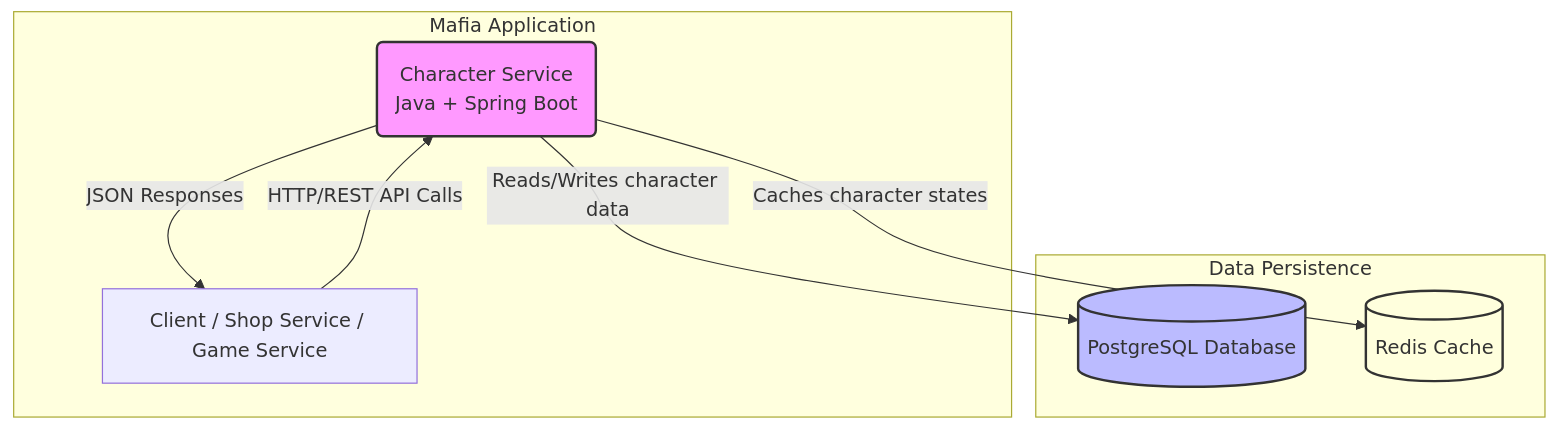
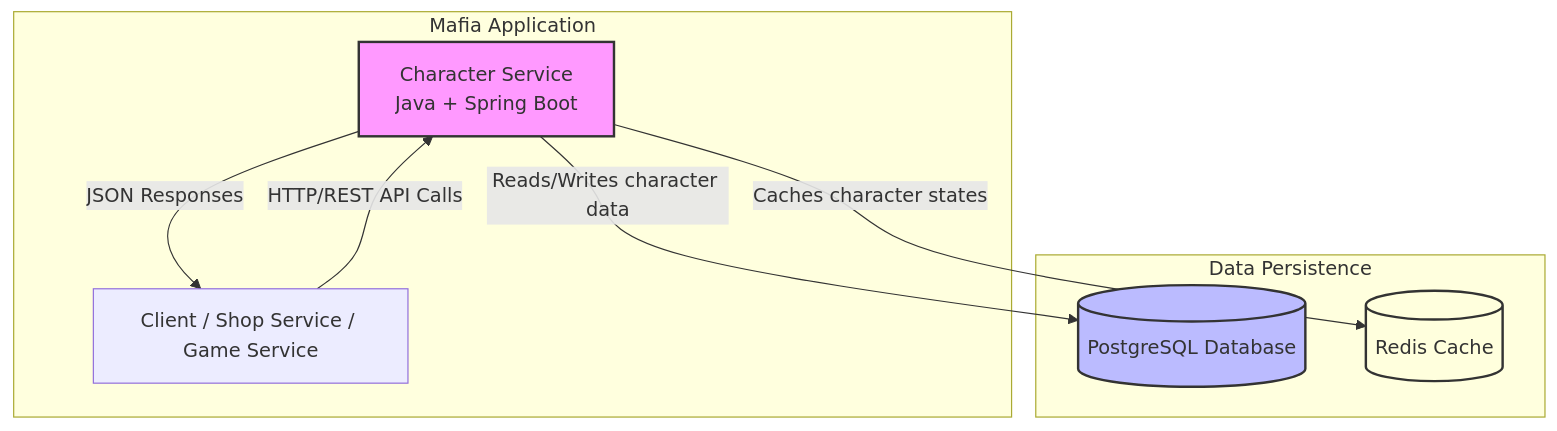
Before and after one commit to Flexksx/distributed_mafia_platform: the third of 3 diagrams in README.md, drawn with Mermaid. The commit also changed other lines of this file, not shown here.

Commit message:
Update tech stack to Java + Spring Boot

````diff
--- a/README.md
+++ b/README.md
@@ -184,22 +248,20 @@
 ```mermaid
----
-config:
-  layout: dagre
----
 flowchart TD
- subgraph subGraph0["Mafia Application"]
-        B("Character Service <br> Java + Spring Boot")
-        A["Client / Shop Service / Game Service"]
-  end
- subgraph subGraph2["Data Persistence"]
-        D[("PostgreSQL Database")]
-        R[("Redis Cache")]
-  end
-    A -- HTTP/REST API Calls --> B
-    B -- JSON Responses --> A
-    B -- Reads/Writes character data --> D
-    B -- Caches character states --> R
-    style B fill:#f9f,stroke:#333,stroke-width:2px
-    style D fill:#bbf,stroke:#333,stroke-width:2px
-    style R fill:#ffd,stroke:#333,stroke-width:2px
+    subgraph MafiaApp["Mafia Application"]
+        CharService["Character Service<br/>Java + Spring Boot"]
+        Clients["Client / Shop Service / Game Service"]
+    end
+    subgraph DataLayer["Data Persistence"]
+        PostgresDB[("PostgreSQL Database")]
+        RedisCache[("Redis Cache")]
+    end
+    
+    Clients -->|HTTP/REST API Calls| CharService
+    CharService -->|JSON Responses| Clients
+    CharService -->|Reads/Writes character data| PostgresDB
+    CharService -->|Caches character states| RedisCache
+    
+    style CharService fill:#f9f,stroke:#333,stroke-width:2px
+    style PostgresDB fill:#bbf,stroke:#333,stroke-width:2px
+    style RedisCache fill:#ffd,stroke:#333,stroke-width:2px
 ```
````
